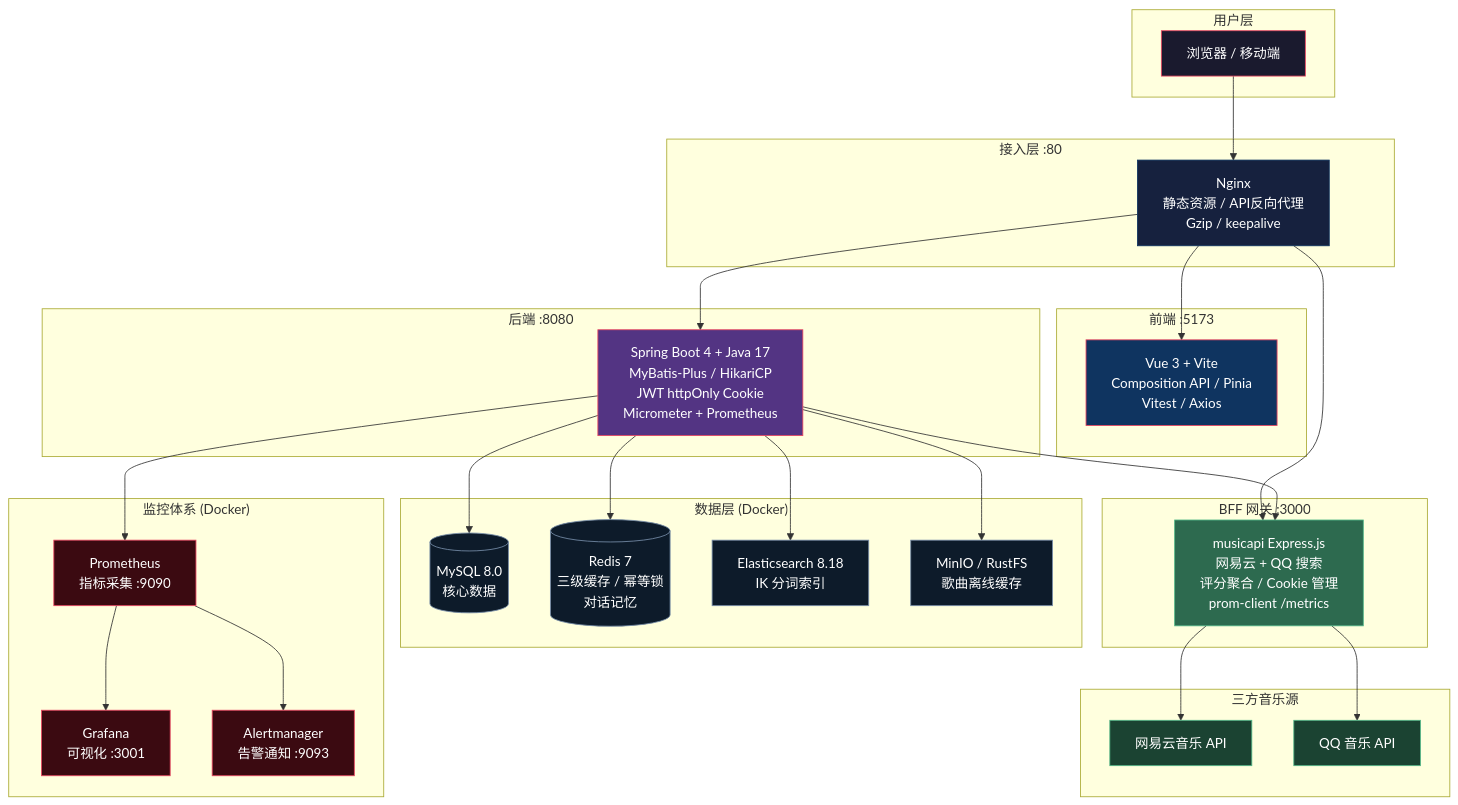
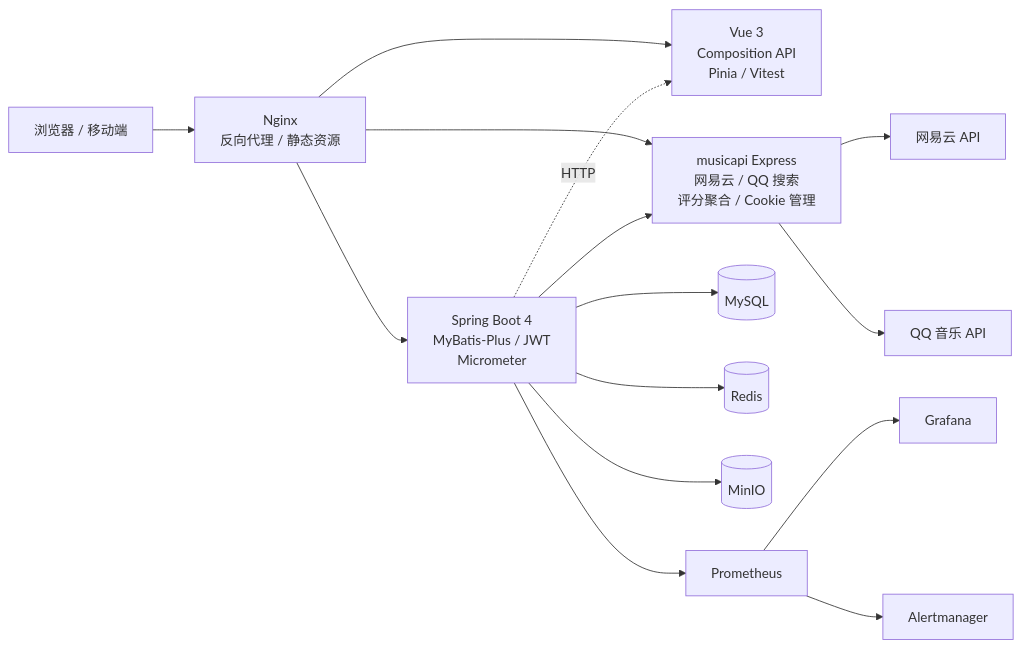
Before and after one commit to chunren1/vibeMusic: the first of 4 diagrams in README.md, drawn with Mermaid. The commit also changed other lines of this file, not shown here.

Commit message:
优化 Mermaid 图: 简化样式, 去除AI感, 架构图改LR布局避免线交叉

````diff
--- a/README.md
+++ b/README.md
@@ -88,88 +88,43 @@
 ```mermaid
-graph TB
-    subgraph "用户层"
-        U[浏览器 / 移动端]
-    end
+graph LR
+    U[浏览器 / 移动端]
+    NG["Nginx
+        反向代理 / 静态资源"]
 
-    subgraph "接入层 :80"
-        NG["Nginx
-            静态资源 / API反向代理
-            Gzip / keepalive"]
-    end
+    V["Vue 3
+        Composition API
+        Pinia / Vitest"]
 
-    subgraph "前端 :5173"
-        V["Vue 3 + Vite
-            Composition API / Pinia
-            Vitest / Axios"]
-    end
+    SB["Spring Boot 4
+        MyBatis-Plus / JWT
+        Micrometer"]
 
-    subgraph "后端 :8080"
-        SB["Spring Boot 4 + Java 17
-            MyBatis-Plus / HikariCP
-            JWT httpOnly Cookie
-            Micrometer + Prometheus"]
-    end
+    BFF["musicapi Express
+        网易云 / QQ 搜索
+        评分聚合 / Cookie 管理"]
 
-    subgraph "BFF 网关 :3000"
-        BFF["musicapi Express.js
-            网易云 + QQ 搜索
-            评分聚合 / Cookie 管理
-            prom-client /metrics"]
-    end
+    NE["网易云 API"]
+    Q["QQ 音乐 API"]
 
-    subgraph "三方音乐源"
-        NE["网易云音乐 API"]
-        Q["QQ 音乐 API"]
-    end
-
-    subgraph "数据层 (Docker)"
-        M[("MySQL 8.0
-            核心数据")]
-        R[("Redis 7
-            三级缓存 / 幂等锁
-            对话记忆")]
-        E["Elasticsearch 8.18
-            IK 分词索引"]
-        ST["MinIO / RustFS
-            歌曲离线缓存"]
-    end
-
-    subgraph "监控体系 (Docker)"
-        P["Prometheus
-            指标采集 :9090"]
-        G["Grafana
-            可视化 :3001"]
-        A["Alertmanager
-            告警通知 :9093"]
-    end
+    M[("MySQL")]
+    R[("Redis")]
+    ST[("MinIO")]
+    P["Prometheus"]
+    G["Grafana"]
+    A["Alertmanager"]
 
     U --> NG
     NG --> V
     NG --> SB
     NG --> BFF
+    SB -.->|HTTP| V
     SB --> BFF
     BFF --> NE
     BFF --> Q
     SB --> M
     SB --> R
-    SB --> E
     SB --> ST
     SB --> P
     P --> G
     P --> A
-
-    style U fill:#1a1a2e,stroke:#e94560,color:#fff
-    style NG fill:#16213e,stroke:#0f3460,color:#fff
-    style V fill:#0f3460,stroke:#e94560,color:#fff
-    style SB fill:#533483,stroke:#e94560,color:#fff
-    style BFF fill:#2d6a4f,stroke:#52b788,color:#fff
-    style NE fill:#1b4332,stroke:#52b788,color:#fff
-    style Q fill:#1b4332,stroke:#52b788,color:#fff
-    style M fill:#0d1b2a,stroke:#778da9,color:#fff
-    style R fill:#0d1b2a,stroke:#778da9,color:#fff
-    style E fill:#0d1b2a,stroke:#778da9,color:#fff
-    style ST fill:#0d1b2a,stroke:#778da9,color:#fff
-    style P fill:#3b0a11,stroke:#e94560,color:#fff
-    style G fill:#3b0a11,stroke:#e94560,color:#fff
-    style A fill:#3b0a11,stroke:#e94560,color:#fff
 ```
````
